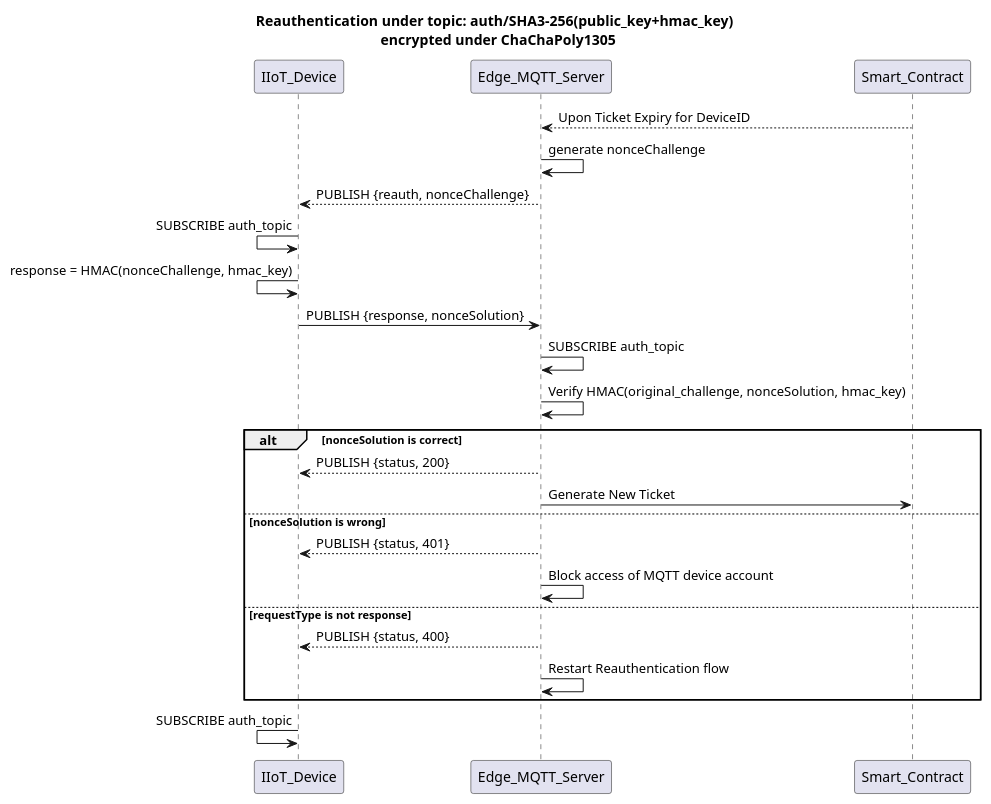
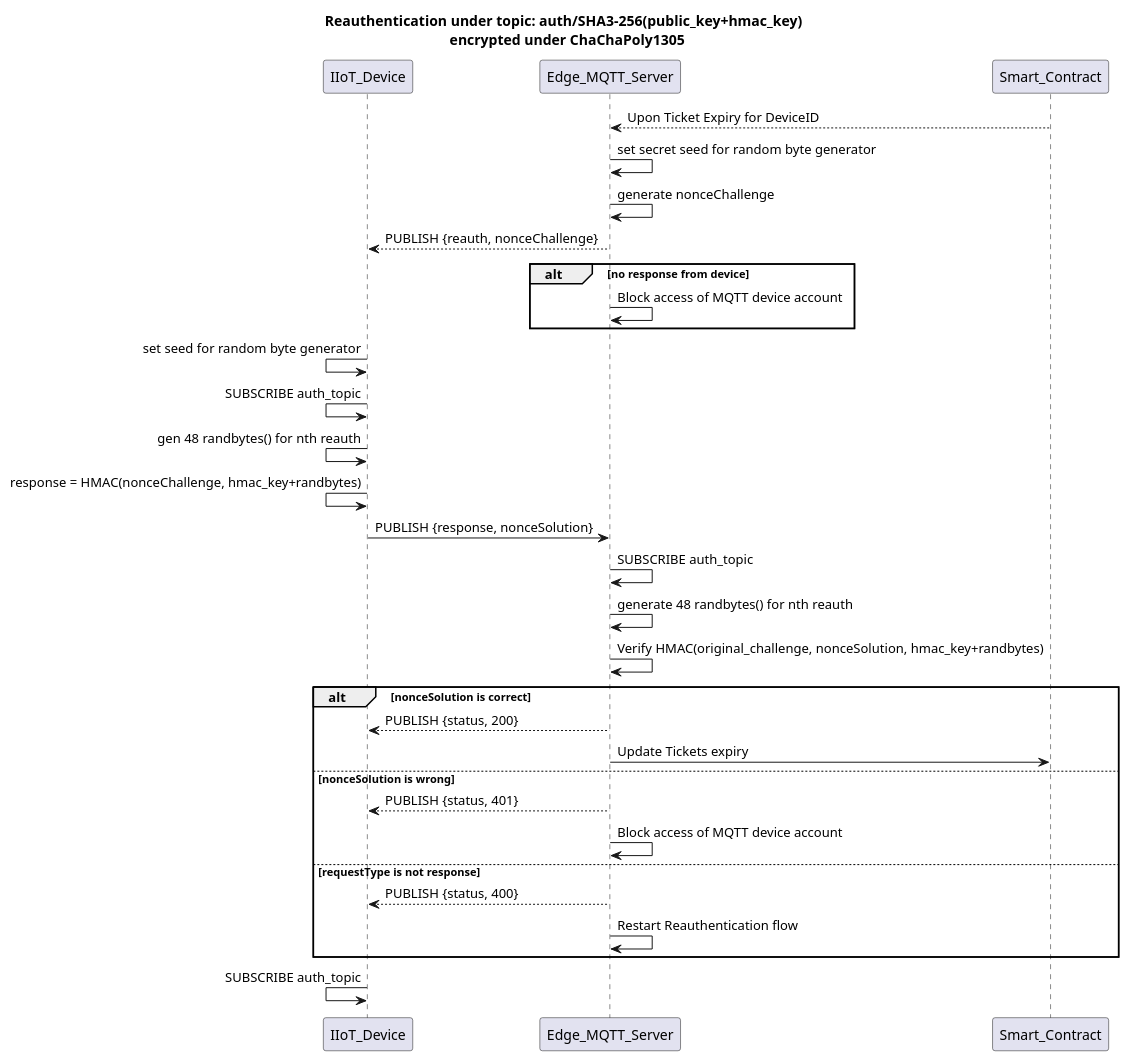
Before and after one commit to 0ax-christin/mqtt-topic-auth: the diagram in docs/code/reauthentication.plantuml, drawn with PlantUML. The commit also changed 2 other files, not shown here.

Commit message:
Added PlantUML source code that generate the diagrams

```diff
--- a/docs/code/reauthentication.plantuml
+++ b/docs/code/reauthentication.plantuml
@@ -1,28 +1,35 @@
 @startuml
 title Reauthentication under topic: auth/SHA3-256(public_key+hmac_key) \n encrypted under ChaChaPoly1305
 
 participant IIoT_Device
 participant Edge_MQTT_Server
 participant Smart_Contract
 
 Edge_MQTT_Server <--- Smart_Contract: Upon Ticket Expiry for DeviceID
+Edge_MQTT_Server -> Edge_MQTT_Server: set secret seed for random byte generator
 Edge_MQTT_Server -> Edge_MQTT_Server: generate nonceChallenge
 
 IIoT_Device <-- Edge_MQTT_Server: PUBLISH {reauth, nonceChallenge}
+alt no response from device
+Edge_MQTT_Server -> Edge_MQTT_Server: Block access of MQTT device account
+end
+IIoT_Device <- IIoT_Device: set seed for random byte generator
 IIoT_Device <- IIoT_Device: SUBSCRIBE auth_topic
-IIoT_Device <- IIoT_Device: response = HMAC(nonceChallenge, hmac_key)
+IIoT_Device <- IIoT_Device: gen 48 randbytes() for nth reauth
+IIoT_Device <- IIoT_Device: response = HMAC(nonceChallenge, hmac_key+randbytes)
 IIoT_Device -> Edge_MQTT_Server: PUBLISH {response, nonceSolution}
 Edge_MQTT_Server -> Edge_MQTT_Server: SUBSCRIBE auth_topic
-Edge_MQTT_Server -> Edge_MQTT_Server: Verify HMAC(original_challenge, nonceSolution, hmac_key)
+Edge_MQTT_Server -> Edge_MQTT_Server: generate 48 randbytes() for nth reauth
+Edge_MQTT_Server -> Edge_MQTT_Server: Verify HMAC(original_challenge, nonceSolution, hmac_key+randbytes)
 alt nonceSolution is correct
   IIoT_Device <-- Edge_MQTT_Server: PUBLISH {status, 200}
-  Edge_MQTT_Server -> Smart_Contract: Generate New Ticket
+  Edge_MQTT_Server -> Smart_Contract: Update Tickets expiry
 else nonceSolution is wrong
   IIoT_Device <-- Edge_MQTT_Server: PUBLISH {status, 401}
   Edge_MQTT_Server -> Edge_MQTT_Server: Block access of MQTT device account
 else requestType is not response
   IIoT_Device <-- Edge_MQTT_Server: PUBLISH {status, 400}
   Edge_MQTT_Server -> Edge_MQTT_Server: Restart Reauthentication flow
 end
 IIoT_Device <- IIoT_Device: SUBSCRIBE auth_topic
 @enduml
```
